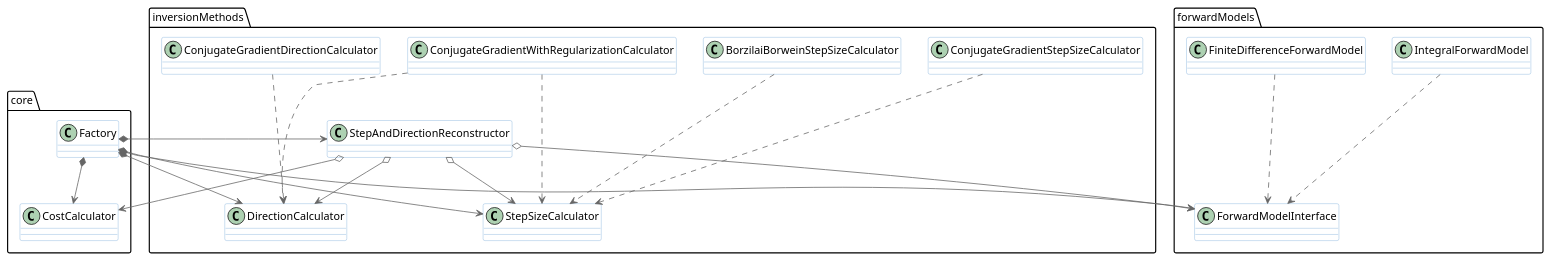
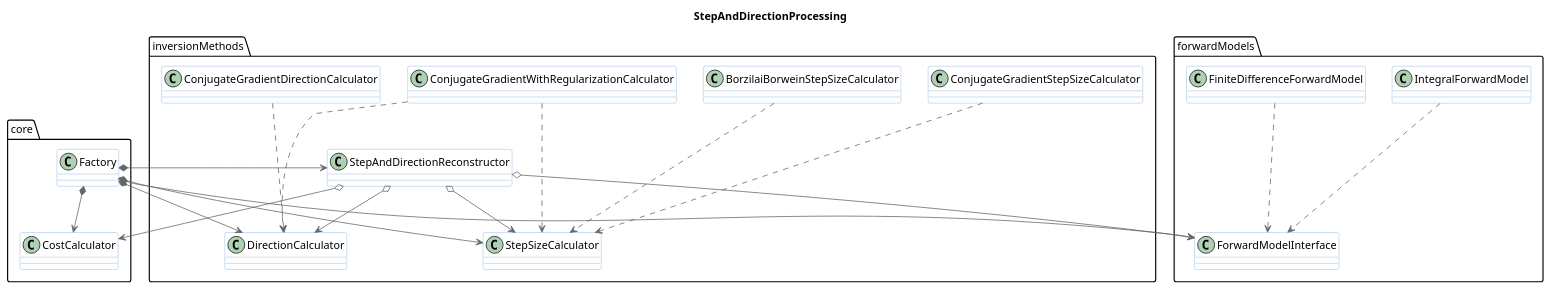
The diagram in doc/diagrams/StepAndDirectionProcessing.plantuml (ssathyadevan/fwi), drawn with PlantUML before and after one commit. The commit also changed 4 other files, not shown here.

Commit message:
Diagram fixes

```diff
--- a/doc/diagrams/StepAndDirectionProcessing.plantuml
+++ b/doc/diagrams/StepAndDirectionProcessing.plantuml
@@ -2,49 +2,51 @@
 @startuml StepAndDirectionProcessing
 !includeurl https://raw.githubusercontent.com/RicardoNiepel/C4-PlantUML/release/1-0/C4_Component.puml
 
 skinparam class {
     StereotypeFontColor ELEMENT_FONT_COLOR
     FontColor #000000
     BackgroundColor COMPONENT_BG_COLOR
     BorderColor #78A8D8
 }
+
+title StepAndDirectionProcessing
 
 set namespaceSeparator ::
 
 class core::Factory
 class core::CostCalculator
 
 class forwardModels::ForwardModelInterface
 class forwardModels::IntegralForwardModel
 class forwardModels::FiniteDifferenceForwardModel
 
 class inversionMethods::StepAndDirectionReconstructor
 class inversionMethods::DirectionCalculator
 class inversionMethods::StepSizeCalculator
 class inversionMethods::ConjugateGradientDirectionCalculator
 class inversionMethods::ConjugateGradientStepSizeCalculator
 class inversionMethods::BorzilaiBorweinStepSizeCalculator
 class inversionMethods::ConjugateGradientWithRegularizationCalculator
 
 core::Factory *--> inversionMethods::StepAndDirectionReconstructor
 core::Factory *--> forwardModels::ForwardModelInterface
 core::Factory *--> core::CostCalculator
 core::Factory *--> inversionMethods::DirectionCalculator
 core::Factory *--> inversionMethods::StepSizeCalculator
 
 forwardModels::IntegralForwardModel .--> forwardModels::ForwardModelInterface
 forwardModels::FiniteDifferenceForwardModel .--> forwardModels::ForwardModelInterface
 
 inversionMethods::StepAndDirectionReconstructor o--> core::CostCalculator
 inversionMethods::StepAndDirectionReconstructor o--> forwardModels::ForwardModelInterface
 
 inversionMethods::StepAndDirectionReconstructor o--> inversionMethods::DirectionCalculator 
 inversionMethods::StepAndDirectionReconstructor o--> inversionMethods::StepSizeCalculator
 
 inversionMethods::ConjugateGradientDirectionCalculator .--> inversionMethods::DirectionCalculator
 inversionMethods::ConjugateGradientStepSizeCalculator .--> inversionMethods::StepSizeCalculator
 inversionMethods::BorzilaiBorweinStepSizeCalculator .--> inversionMethods::StepSizeCalculator
 
 inversionMethods::ConjugateGradientWithRegularizationCalculator .--> inversionMethods::DirectionCalculator
 inversionMethods::ConjugateGradientWithRegularizationCalculator .--> inversionMethods::StepSizeCalculator
 @enduml
```
